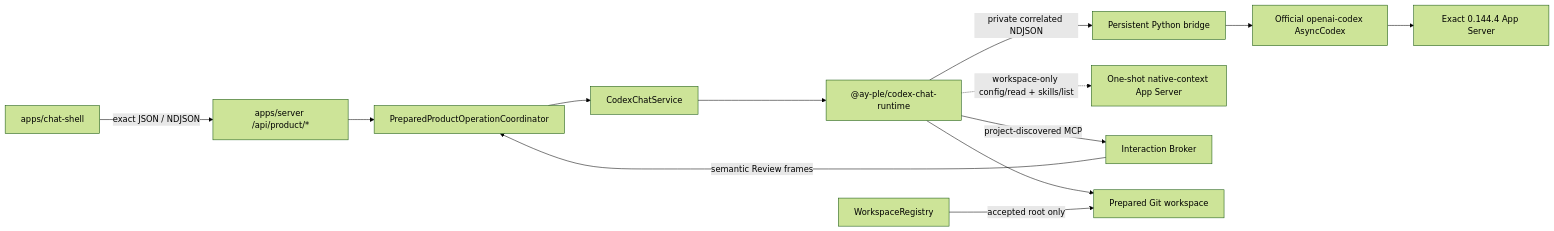
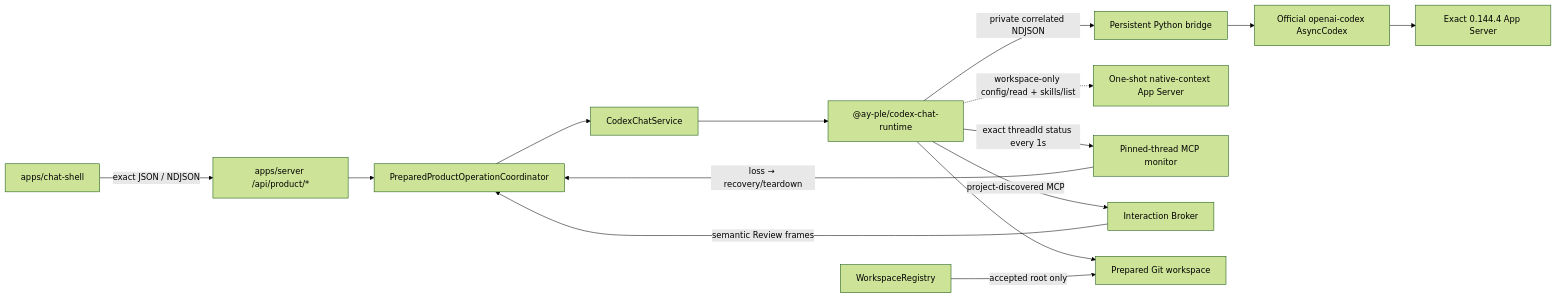
Before and after one commit to Mureung1/hub-showcase: the diagram in docs/architecture/codex-chat-implementation-map.md, drawn with Mermaid (forest theme). The commit also changed other lines of this file and 31 other files, not shown here.

Commit message:
fix: monitor required interaction MCP health

````diff
--- a/docs/architecture/codex-chat-implementation-map.md
+++ b/docs/architecture/codex-chat-implementation-map.md
@@ -52,28 +52,31 @@
 ```mermaid
 flowchart LR
   Shell["apps/chat-shell"]
   ProductHttp["apps/server /api/product/*"]
   Coordinator["PreparedProductOperationCoordinator"]
   Service["CodexChatService"]
   Runtime["@ay-ple/codex-chat-runtime"]
   Python["Persistent Python bridge"]
   SDK["Official openai-codex AsyncCodex"]
   Native["Exact 0.144.4 App Server"]
   Context["One-shot native-context App Server"]
+  Monitor["Pinned-thread MCP monitor"]
   Broker["Interaction Broker"]
   Registry["WorkspaceRegistry"]
   Workspace["Prepared Git workspace"]
 
   Shell -->|"exact JSON / NDJSON"| ProductHttp
   ProductHttp --> Coordinator
   Coordinator --> Service
   Service --> Runtime
   Runtime --> Workspace
   Runtime -->|"project-discovered MCP"| Broker
   Broker -->|"semantic Review frames"| Coordinator
   Registry -->|"accepted root only"| Workspace
   Runtime -->|"private correlated NDJSON"| Python
   Python --> SDK
   SDK --> Native
   Runtime -.->|"workspace-only config/read + skills/list"| Context
+  Runtime -->|"exact threadId status every 1s"| Monitor
+  Monitor -->|"loss → recovery/teardown"| Coordinator
 ```
````
